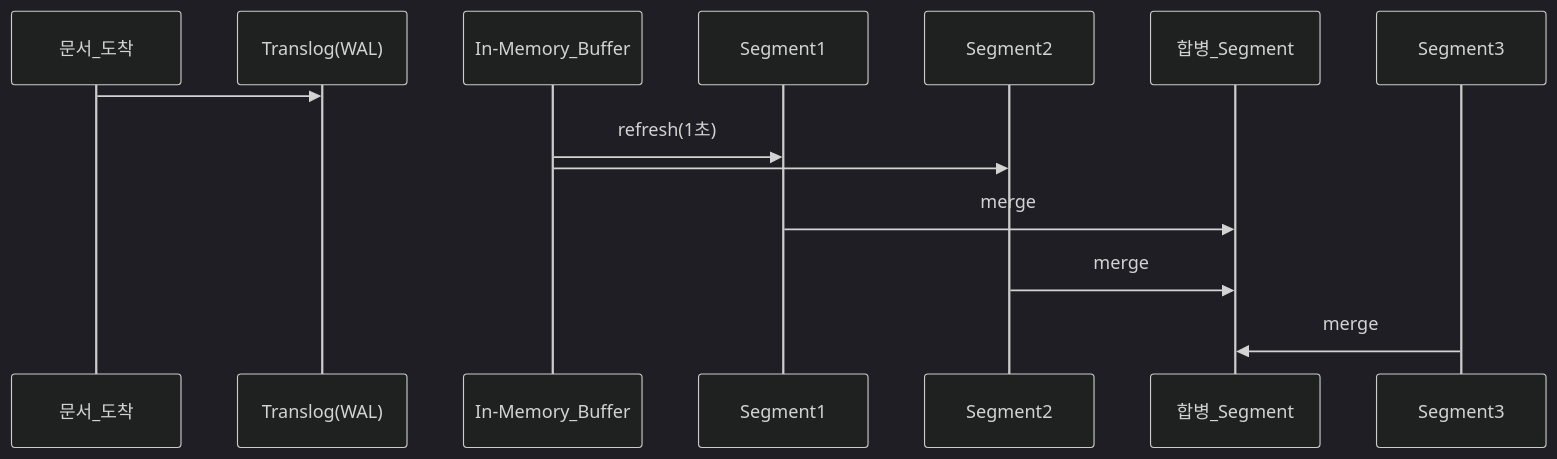
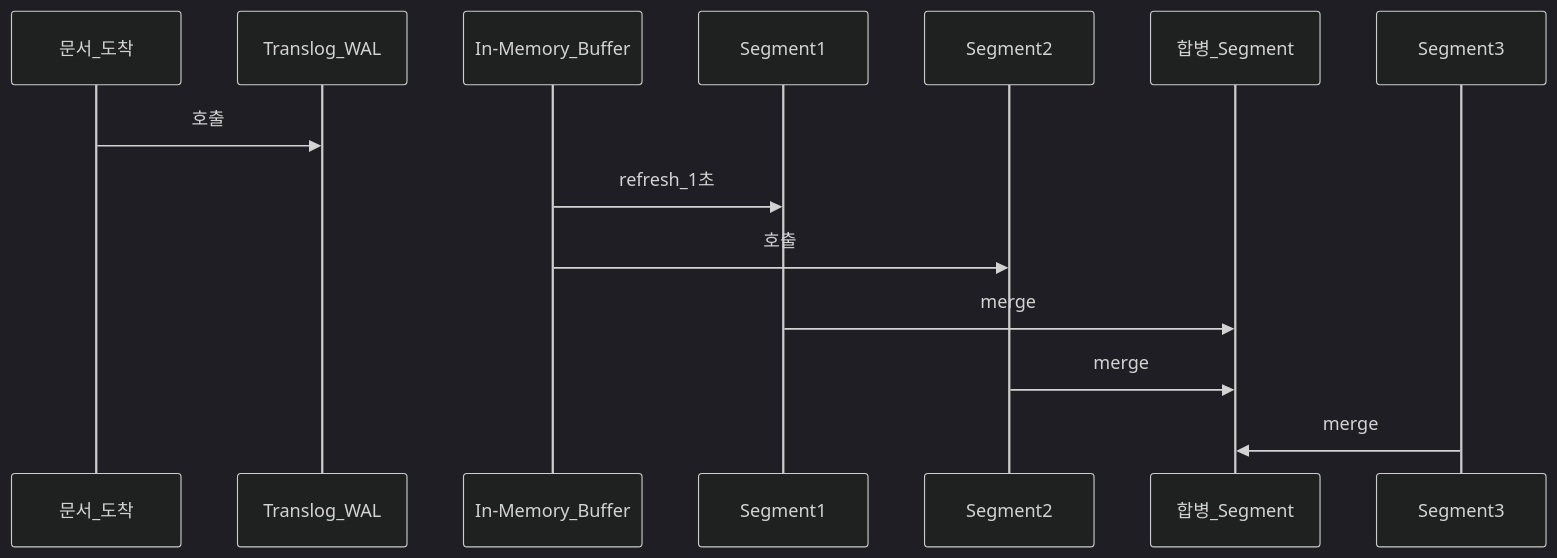
Before and after one commit to yjkim2015/yjkim2015.github.io: the second of 7 diagrams in _posts/nosql/2026-05-03-elasticsearch-deep.md, drawn with Mermaid (dark theme). The commit also changed other lines of this file and 85 other files, not shown here.

First line of the commit message:
sequenceDiagram 문법 에러 2차 수정 169개 (86파일)

````diff
--- a/_posts/nosql/2026-05-03-elasticsearch-deep.md
+++ b/_posts/nosql/2026-05-03-elasticsearch-deep.md
@@ -64,9 +64,9 @@
 ```mermaid
 sequenceDiagram
-    문서_도착->>Translog(WAL):
-    In-Memory_Buffer->>Segment1: refresh(1초)
-    In-Memory_Buffer->>Segment2:
+    문서_도착->>Translog_WAL: 호출
+    In-Memory_Buffer->>Segment1: refresh_1초
+    In-Memory_Buffer->>Segment2: 호출
     Segment1->>합병_Segment: merge
     Segment2->>합병_Segment: merge
     Segment3->>합병_Segment: merge
 ```
````
